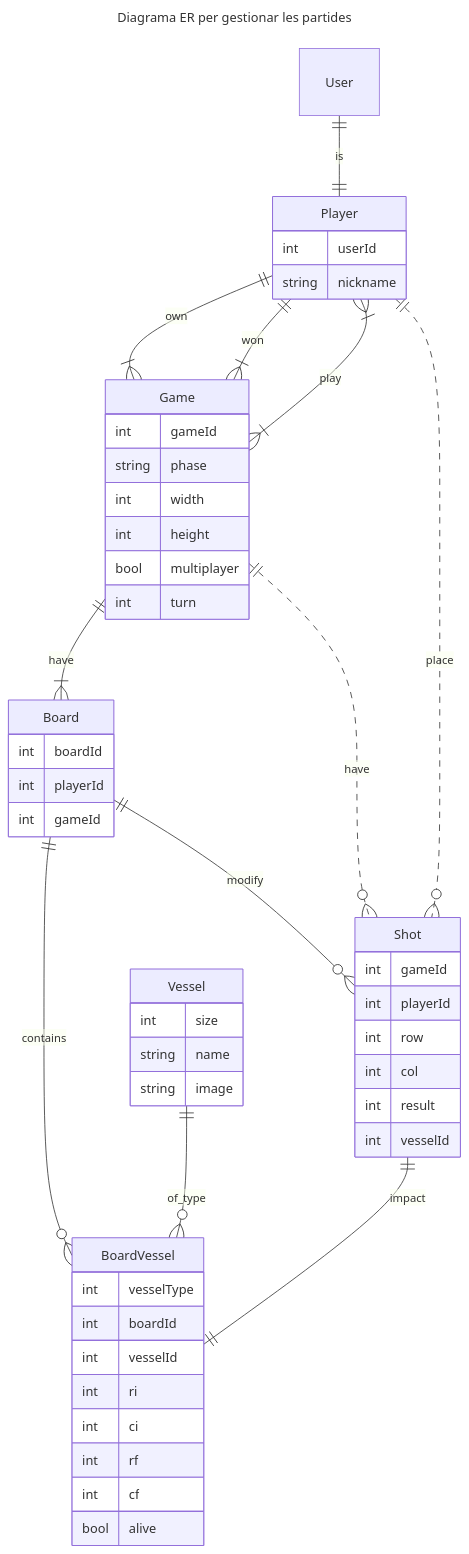
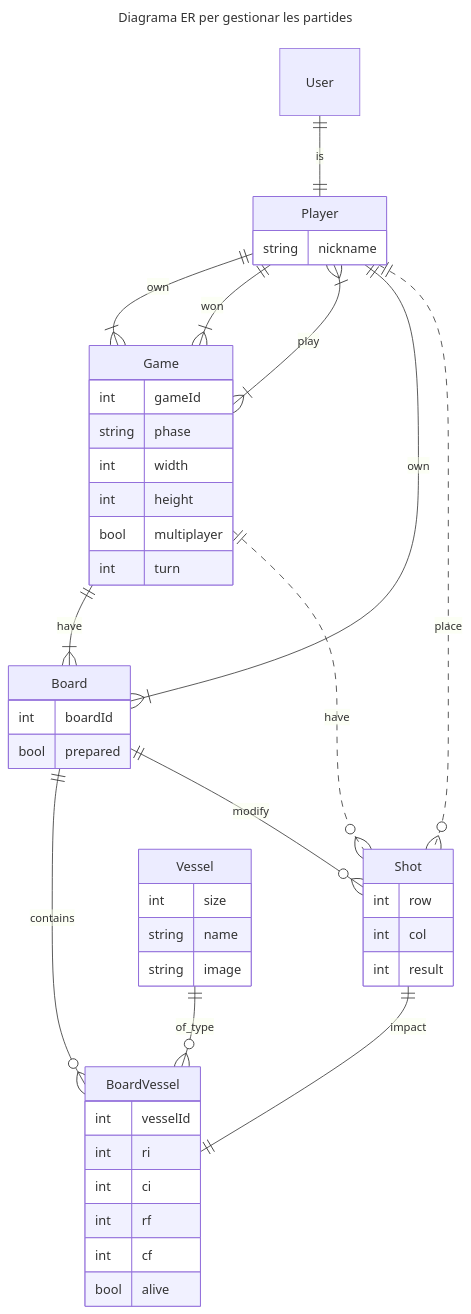
One commit to SoftwareDistribuitUB-2025/Enunciat_P2 changed the diagram in Sessions/Sessio_2_en.md. Above: the diagram before and after it, drawn with Mermaid. The commit also changed 2 other files, not shown here.

Commit message:
Model draft

````diff
--- a/Sessions/Sessio_2_en.md
+++ b/Sessions/Sessio_2_en.md
@@ -37,57 +37,51 @@
 ```mermaid
 ---
 title: Diagrama ER per gestionar les partides
 ---
 erDiagram
     User 1 to 1 Player: is
-    Player {
-        int userId
+    Player {        
         string nickname
     }
     Game {
         int gameId
         string phase
         int width
         int height 
         bool multiplayer
         int turn
     }
     Player 1 to one or more Game: own
     Player 1 to one or more Game: won
     Player }|--|{ Game : play
     Board {
         int boardId
-        int playerId
-        int gameId        
+        bool prepared        
     }
     Board ||--o{ BoardVessel : contains
+    Player 1 to one or more Board: own
     Game 1 to one or more Board: have
-    BoardVessel {
-        int vesselType
-        int boardId
+    BoardVessel {        
         int vesselId
         int ri
         int ci
         int rf
         int cf      
         bool alive
     }
     Player 1 optionally to many Shot: place
     Game 1 optionally to many Shot: have
     Shot 1 to 1 BoardVessel: impact
     Board 1 to many Shot: modify
     Vessel 1 to many BoardVessel: of_type
-    Shot {
-        int gameId
-        int playerId
+    Shot {        
         int row
         int col
-        int result
-        int vesselId        
+        int result        
     }
     Vessel {
         int size
         string name
         string image
     }
 ```
````
